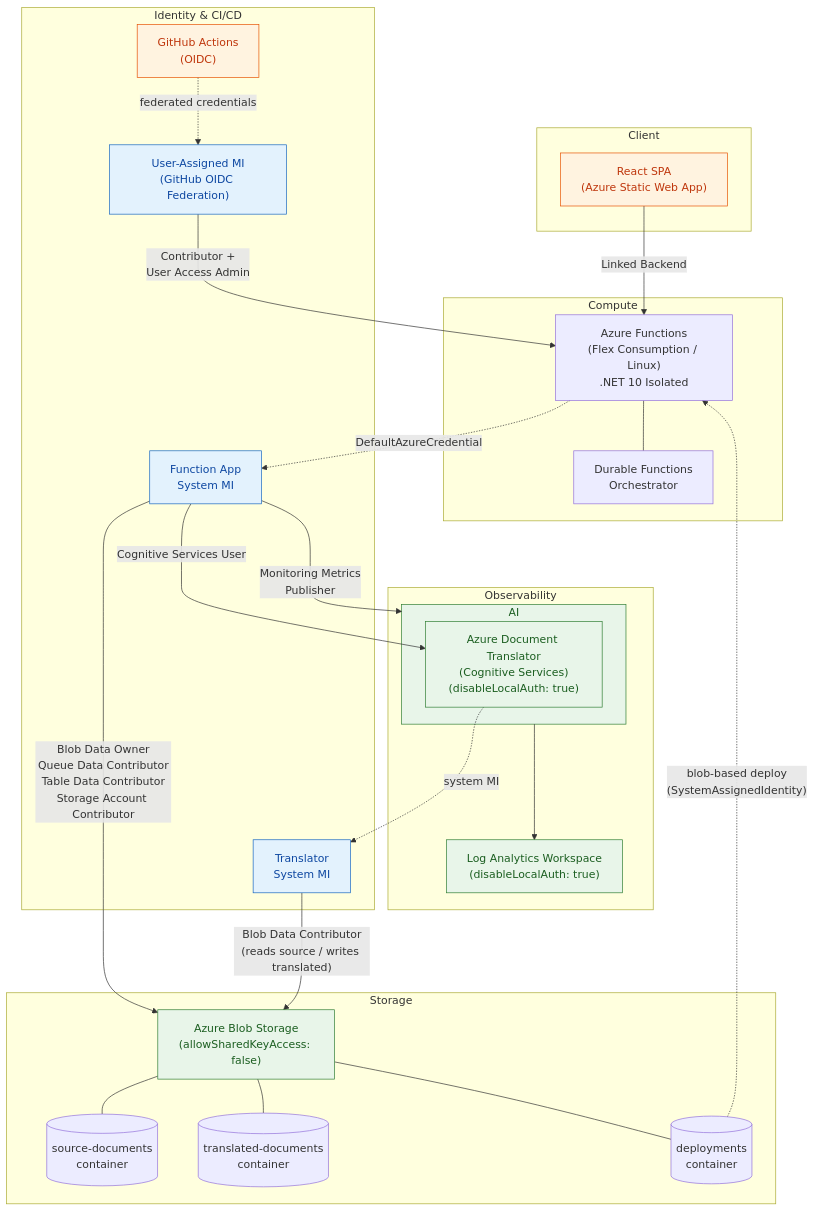
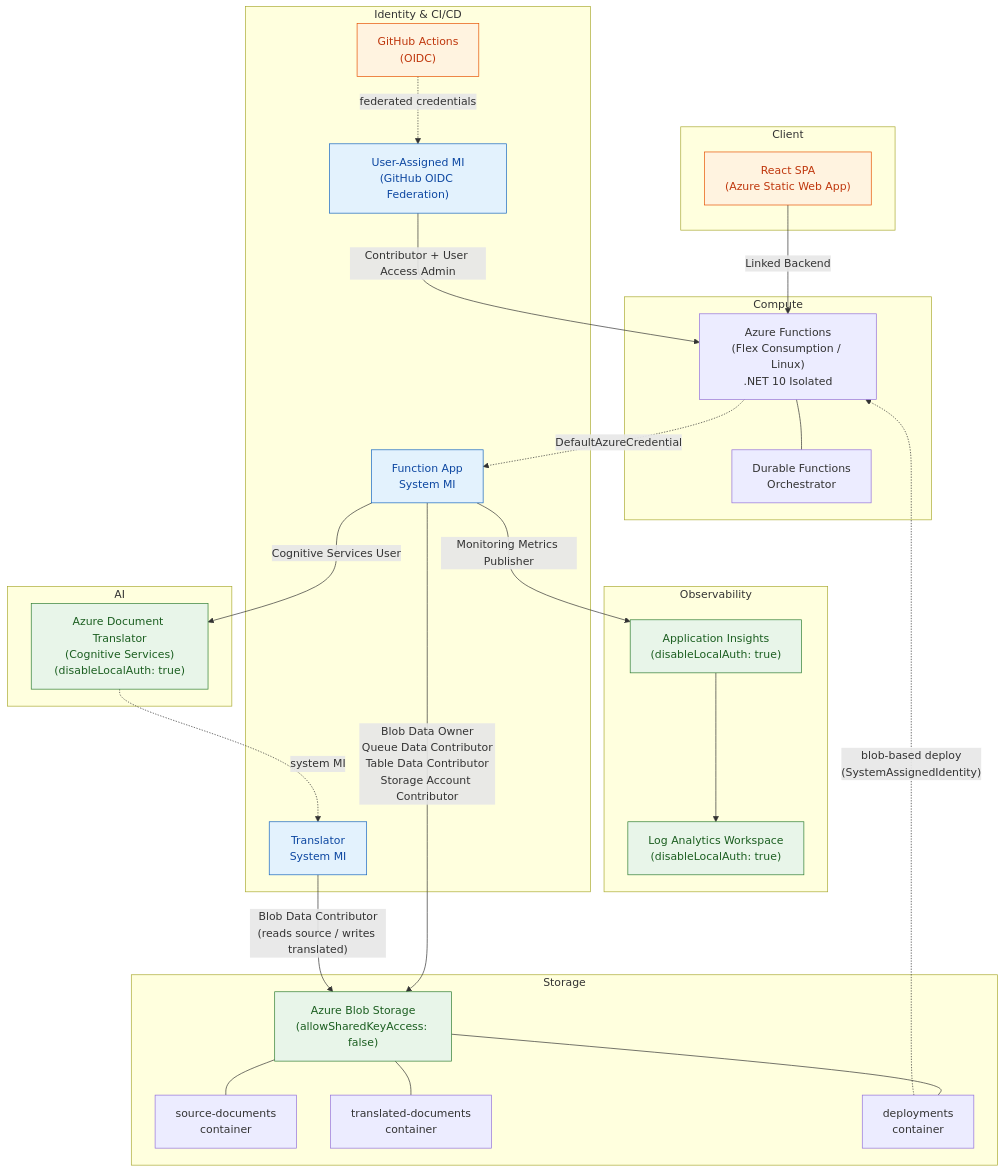
One commit to PennStateLefty/document-translation-ref-arch changed the diagram in README.md. Above: the diagram before and after it, drawn with Mermaid. The commit also changed 1 other file, not shown here.

Commit message:
Fixed Mermaid diagram code

````diff
--- a/README.md
+++ b/README.md
@@ -13,57 +13,72 @@
 ```mermaid
 graph TB
-    subgraph "Client"
+    subgraph Client
         SWA["React SPA<br/>(Azure Static Web App)"]
     end
 
-    subgraph "Compute"
+    subgraph Compute
         FA["Azure Functions<br/>(Flex Consumption / Linux)<br/>.NET 10 Isolated"]
         ORCH["Durable Functions<br/>Orchestrator"]
         FA --- ORCH
     end
 
-    subgraph "Storage"
+    subgraph Storage
         BLOB["Azure Blob Storage<br/>(allowSharedKeyAccess: false)"]
-        SRC[("source-documents<br/>container")]
-        TGT[("translated-documents<br/>container")]
-        DEP[("deployments<br/>container")]
+        SRC["source-documents<br/>container"]
+        TGT["translated-documents<br/>container"]
+        DEP["deployments<br/>container"]
         BLOB --- SRC
         BLOB --- TGT
         BLOB --- DEP
     end
 
-    subgraph "AI"
+    subgraph AI
         TRANSLATOR["Azure Document Translator<br/>(Cognitive Services)<br/>(disableLocalAuth: true)"]
     end
 
-    subgraph "Observability"
-        AI["Application Insights<br/>(DisableLocalAuth: true)"]
+    subgraph Observability
+        APPINSIGHTS["Application Insights<br/>(disableLocalAuth: true)"]
         LOG["Log Analytics Workspace<br/>(disableLocalAuth: true)"]
-        AI --> LOG
+        APPINSIGHTS --> LOG
     end
 
     subgraph "Identity & CI/CD"
         FAMI["Function App<br/>System MI"]
         TMI["Translator<br/>System MI"]
         UMI["User-Assigned MI<br/>(GitHub OIDC Federation)"]
         GHA["GitHub Actions<br/>(OIDC)"]
         GHA -. "federated credentials" .-> UMI
     end
 
+    %% Client to Compute
     SWA -->|"Linked Backend"| FA
+
+    %% Compute to Storage (MI)
     FAMI -->|"Blob Data Owner<br/>Queue Data Contributor<br/>Table Data Contributor<br/>Storage Account Contributor"| BLOB
+
+    %% Compute to Translator (MI)
     FAMI -->|"Cognitive Services User"| TRANSLATOR
-    FAMI -->|"Monitoring Metrics<br/>Publisher"| AI
+
+    %% Compute to Monitoring (MI)
+    FAMI -->|"Monitoring Metrics Publisher"| APPINSIGHTS
+
+    %% Translator to Storage (MI)
     TMI -->|"Blob Data Contributor<br/>(reads source / writes translated)"| BLOB
-    UMI -->|"Contributor +<br/>User Access Admin"| FA
+
+    %% Deployment
+    UMI -->|"Contributor + User Access Admin"| FA
     DEP -. "blob-based deploy<br/>(SystemAssignedIdentity)" .-> FA
+
+    %% FA uses its MI
     FA -. "DefaultAzureCredential" .-> FAMI
     TRANSLATOR -. "system MI" .-> TMI
 
+    %% Styling
     classDef disabled fill:#e8f5e9,stroke:#2e7d32,color:#1b5e20
     classDef identity fill:#e3f2fd,stroke:#1565c0,color:#0d47a1
     classDef client fill:#fff3e0,stroke:#e65100,color:#bf360c
-    class BLOB,TRANSLATOR,AI,LOG disabled
+
+    class BLOB,TRANSLATOR,APPINSIGHTS,LOG disabled
     class FAMI,TMI,UMI identity
     class SWA,GHA client
 ```
````
